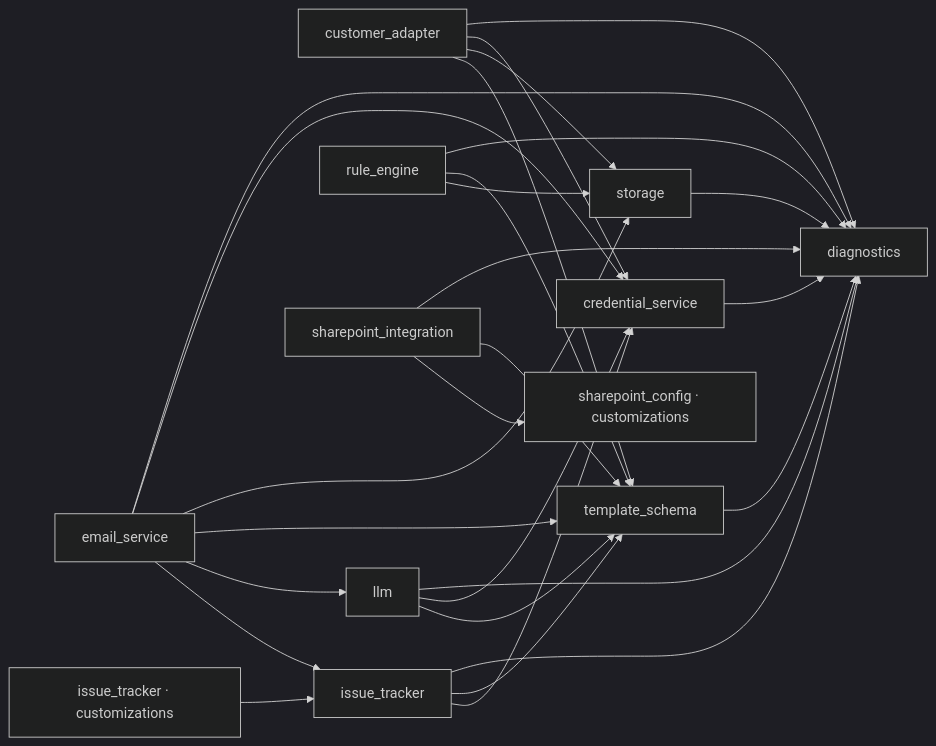
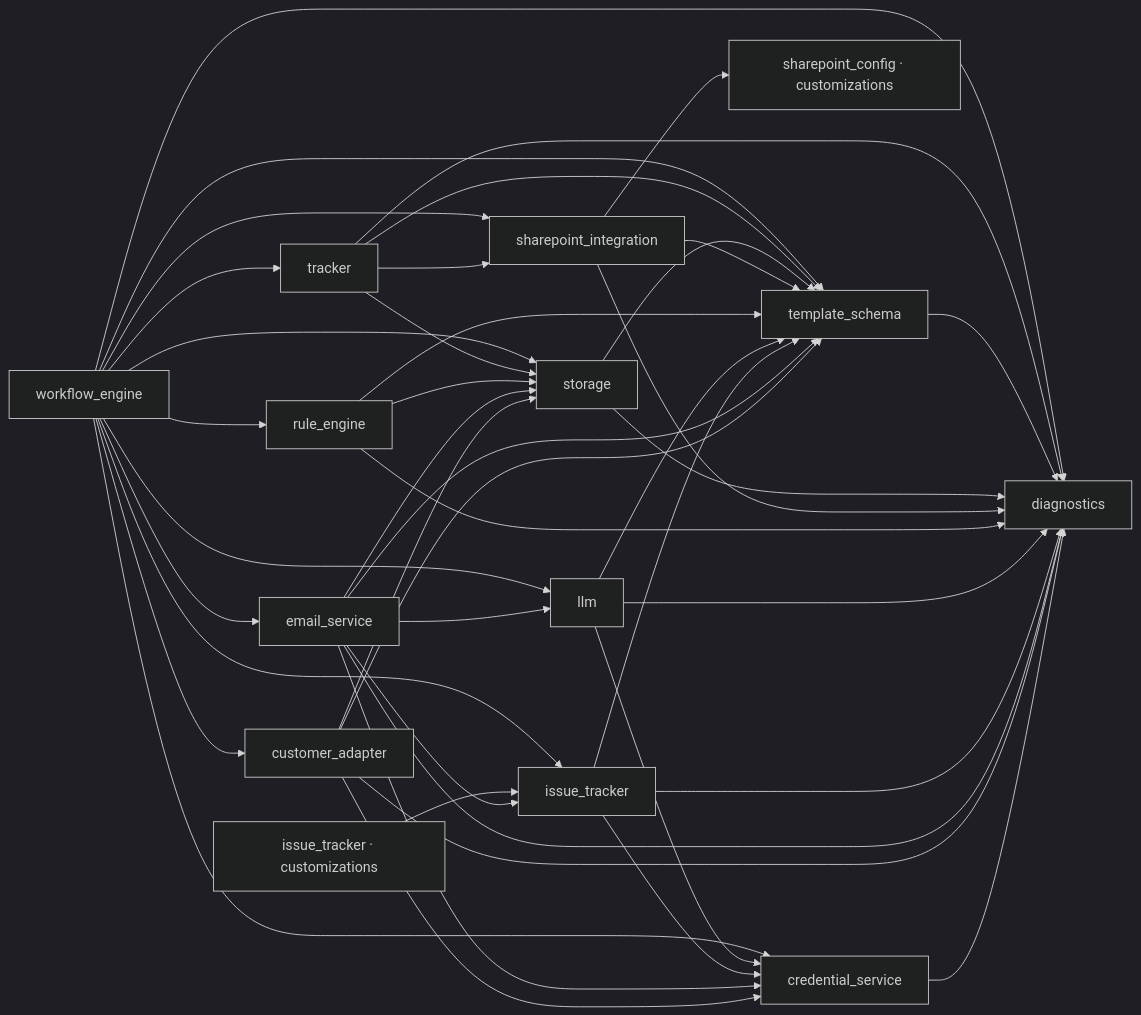
Before and after one commit to kurnoolion/hilda: the diagram in docs/compact/MAP.md, drawn with Mermaid (dark theme). The commit also changed other lines of this file and 7 other files, not shown here.

Commit message:
close-session 2026-06-10 session 3: workflow_engine + tracker Ph-1 drafts (Layer 2/3); D-067 customer RFI rewind + D-068 PM approval field; customizations/sharepoint_config drop-zone MODULE.md; regen-map MAP.md refresh (14 modules)

````diff
--- a/docs/compact/MAP.md
+++ b/docs/compact/MAP.md
@@ -22,42 +24,60 @@
 ```mermaid
 flowchart LR
     m_credential_service[credential_service]
     m_customer_adapter[customer_adapter]
     m_diagnostics[diagnostics]
     m_email_service[email_service]
     m_issue_tracker[issue_tracker]
     m_issue_tracker_cust[issue_tracker · customizations]
     m_llm[llm]
     m_rule_engine[rule_engine]
     m_sharepoint_config[sharepoint_config · customizations]
     m_sharepoint_integration[sharepoint_integration]
     m_storage[storage]
     m_template_schema[template_schema]
+    m_tracker[tracker]
+    m_workflow_engine[workflow_engine]
 
     m_credential_service --> m_diagnostics
     m_customer_adapter --> m_diagnostics
     m_customer_adapter --> m_credential_service
     m_customer_adapter --> m_storage
     m_customer_adapter --> m_template_schema
     m_email_service --> m_diagnostics
     m_email_service --> m_credential_service
     m_email_service --> m_storage
     m_email_service --> m_template_schema
     m_email_service --> m_llm
     m_email_service --> m_issue_tracker
     m_issue_tracker --> m_diagnostics
     m_issue_tracker --> m_template_schema
     m_issue_tracker --> m_credential_service
     m_issue_tracker_cust --> m_issue_tracker
     m_llm --> m_diagnostics
     m_llm --> m_credential_service
     m_llm --> m_template_schema
     m_rule_engine --> m_diagnostics
     m_rule_engine --> m_template_schema
     m_rule_engine --> m_storage
     m_sharepoint_integration --> m_diagnostics
     m_sharepoint_integration --> m_template_schema
     m_sharepoint_integration --> m_sharepoint_config
     m_storage --> m_diagnostics
+    m_storage --> m_template_schema
     m_template_schema --> m_diagnostics
+    m_tracker --> m_diagnostics
+    m_tracker --> m_template_schema
+    m_tracker --> m_storage
+    m_tracker --> m_sharepoint_integration
+    m_workflow_engine --> m_diagnostics
+    m_workflow_engine --> m_template_schema
+    m_workflow_engine --> m_rule_engine
+    m_workflow_engine --> m_storage
+    m_workflow_engine --> m_credential_service
+    m_workflow_engine --> m_sharepoint_integration
+    m_workflow_engine --> m_email_service
+    m_workflow_engine --> m_customer_adapter
+    m_workflow_engine --> m_issue_tracker
+    m_workflow_engine --> m_llm
+    m_workflow_engine --> m_tracker
 ```
````
